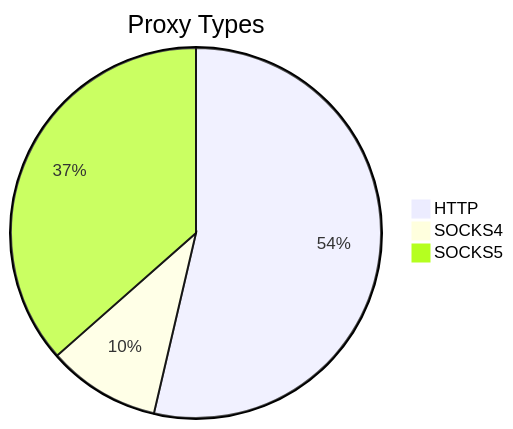
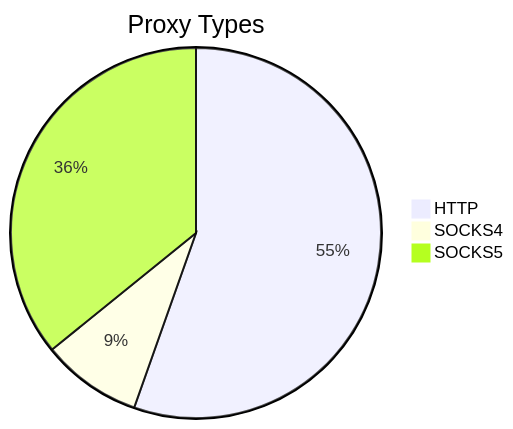
One commit to stormsia/proxy-list changed the first of 2 diagrams in README.md. Above: the diagram before and after it, drawn with Mermaid. The commit also changed other lines of this file, not shown here.

````diff
--- a/README.md
+++ b/README.md
@@ -21,6 +21,6 @@
 ```mermaid
 pie title Proxy Types
-    "HTTP" : 169
-    "SOCKS4" : 31
-    "SOCKS5" : 115
+    "HTTP" : 133
+    "SOCKS4" : 21
+    "SOCKS5" : 86
 ```
````
